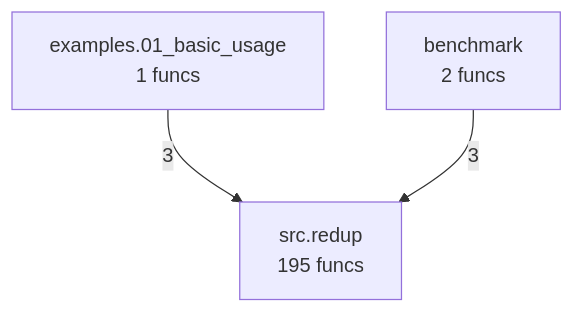
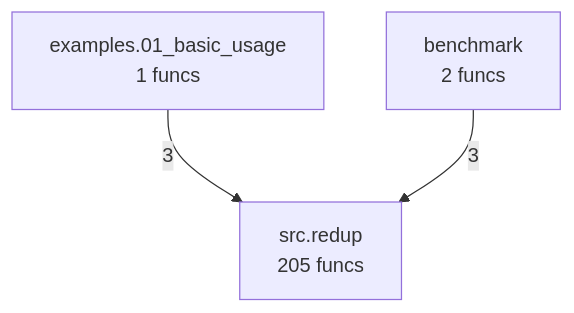
The diagram in project/compact_flow.mmd (semcod/redup), drawn with Mermaid before and after one commit. The commit also changed 21 other files, not shown here.

```diff
--- a/project/compact_flow.mmd
+++ b/project/compact_flow.mmd
@@ -1,6 +1,6 @@
 flowchart TD
     benchmark["benchmark<br/>2 funcs"]
     examples_01_basic_usage["examples.01_basic_usage<br/>1 funcs"]
-    src_redup["src.redup<br/>195 funcs"]
+    src_redup["src.redup<br/>205 funcs"]
     examples_01_basic_usage -->|3| src_redup
     benchmark -->|3| src_redup
```
